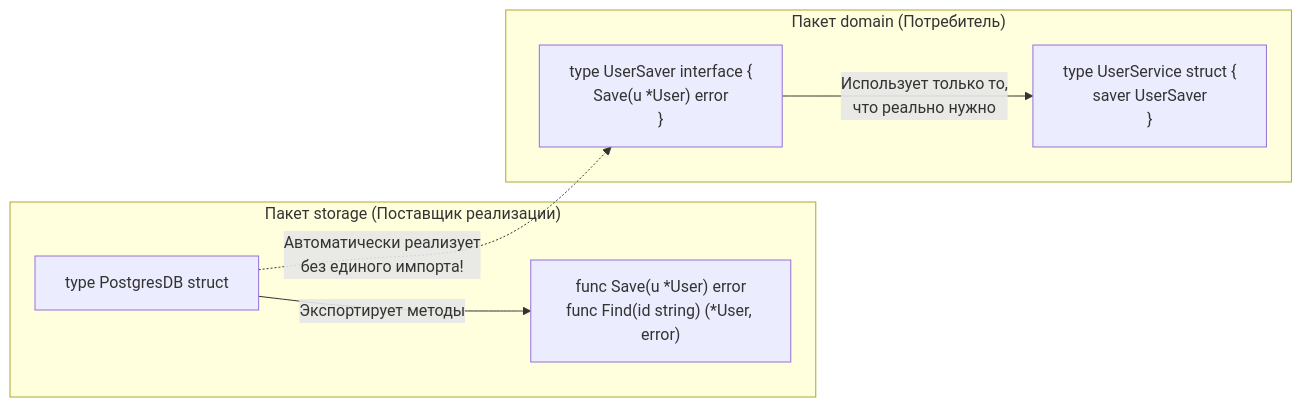
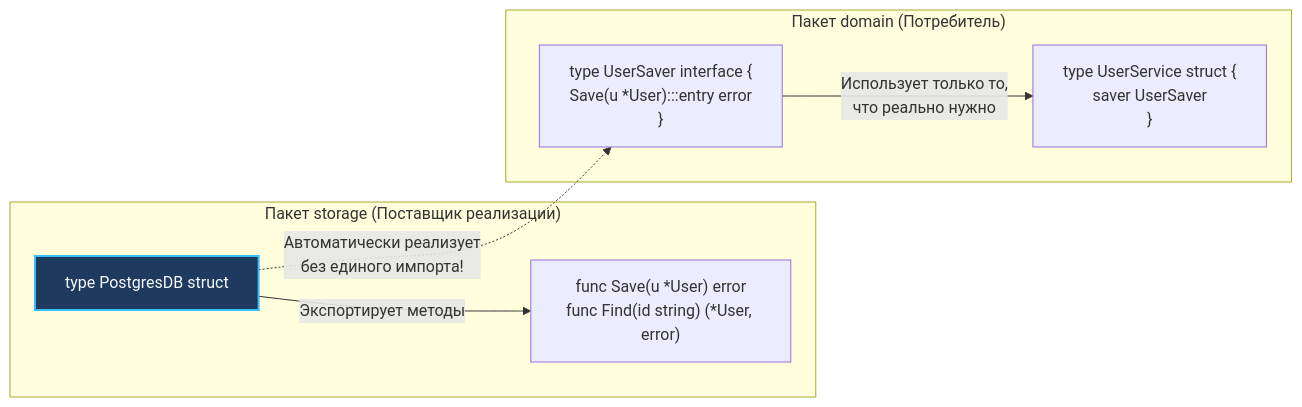
One commit to UnrealTemplier/go-textbook changed the second of 2 diagrams in sources/4. История и философия Go/15. Duck Typing и неявная реализация интерфейсов.md. Above: the diagram before and after it, drawn with Mermaid. The commit also changed other lines of this file and 1666 other files, not shown here.

First line of the commit message:
feat(mermaid): add semantic color classDef to 1369 colorless flowchart/graph diagrams

````diff
--- a/sources/4. История и философия Go/15. Duck Typing и неявная реализация интерфейсов.md
+++ b/sources/4. История и философия Go/15. Duck Typing и неявная реализация интерфейсов.md
@@ -154,12 +164,22 @@
 ```mermaid
 flowchart LR
+    classDef process  fill:#1e293b,stroke:#38bdf8,stroke-width:1px,color:#f8fafc
+    classDef success  fill:#064e3b,stroke:#34d399,stroke-width:1px,color:#f8fafc
+    classDef error    fill:#7f1d1d,stroke:#f87171,stroke-width:1px,color:#f8fafc
+    classDef warning  fill:#78350f,stroke:#fbbf24,stroke-width:1px,color:#f8fafc
+    classDef entry    fill:#1e3a5f,stroke:#38bdf8,stroke-width:2px,color:#f8fafc
+    classDef aux      fill:#334155,stroke:#64748b,stroke-width:1px,color:#f8fafc
+    classDef system   fill:#312e81,stroke:#a78bfa,stroke-width:1px,color:#f8fafc
+    classDef data     fill:#132d29,stroke:#2dd4bf,stroke-width:1px,color:#f8fafc
+    classDef network  fill:#881337,stroke:#fb7185,stroke-width:1px,color:#f8fafc
+    classDef accent   fill:#1e1b4b,stroke:#818cf8,stroke-width:1px,color:#f8fafc
     subgraph STORAGE_PKG ["Пакет storage (Поставщик реализации)"]
-        DB["type PostgresDB struct"] -->|"Экспортирует методы"| METHODS["func Save(u *User) error<br>func Find(id string) (*User, error)"]
+        DB["type PostgresDB struct"]:::entry -->|"Экспортирует методы"| METHODS["func Save(u *User) error<br>func Find(id string) (*User, error)"]
     end
 
     subgraph DOMAIN_PKG ["Пакет domain (Потребитель)"]
-        INT["type UserSaver interface {<br>  Save(u *User) error<br>}"] -->|"Использует только то,<br>что реально нужно"| SRV["type UserService struct {<br>  saver UserSaver<br>}"]
+        INT["type UserSaver interface {<br>  Save(u *User):::entry error<br>}"] -->|"Использует только то,<br>что реально нужно"| SRV["type UserService struct {<br>  saver UserSaver<br>}"]
     end
 
     DB -.->|"Автоматически реализует<br>без единого импорта!"| INT
 ```
````
